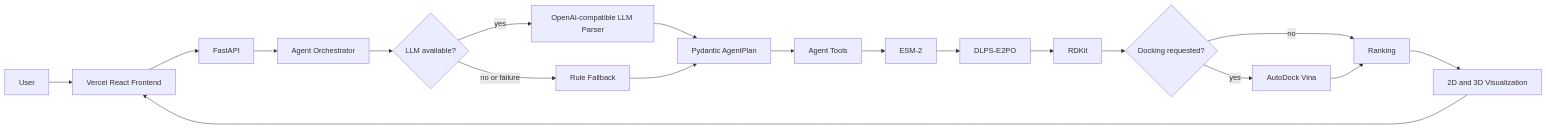
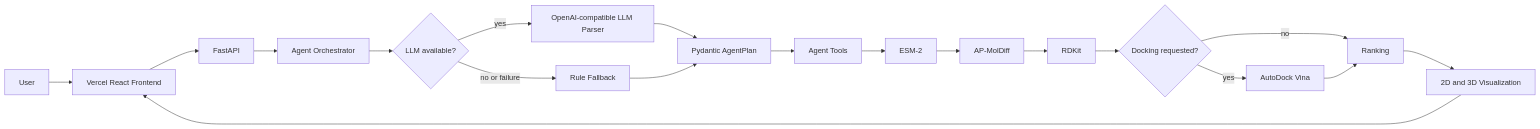
Before and after one commit to Augensternsy/ai-drug-design-agent: the first of 3 diagrams in docs/architecture.md, drawn with Mermaid. The commit also changed other lines of this file and 24 other files, not shown here.

Commit message:
fix(frontend): align AP-MolDiff UI with thesis and backend

````diff
--- a/docs/architecture.md
+++ b/docs/architecture.md
@@ -7,21 +7,21 @@
 ```mermaid
 flowchart LR
     U[User] --> FE[Vercel React Frontend]
     FE --> API[FastAPI]
     API --> AO[Agent Orchestrator]
     AO --> GATE{LLM available?}
     GATE -->|yes| LLM[OpenAI-compatible LLM Parser]
     GATE -->|no or failure| RULE[Rule Fallback]
     LLM --> PLAN[Pydantic AgentPlan]
     RULE --> PLAN
     PLAN --> TOOLS[Agent Tools]
     TOOLS --> ESM[ESM-2]
-    ESM --> E2PO[DLPS-E2PO]
-    E2PO --> RDK[RDKit]
+    ESM --> AP[AP-MolDiff]
+    AP --> RDK[RDKit]
     RDK --> D{Docking requested?}
     D -->|yes| VINA[AutoDock Vina]
     D -->|no| RANK[Ranking]
     VINA --> RANK
     RANK --> VIS[2D and 3D Visualization]
     VIS --> FE
 ```
````
